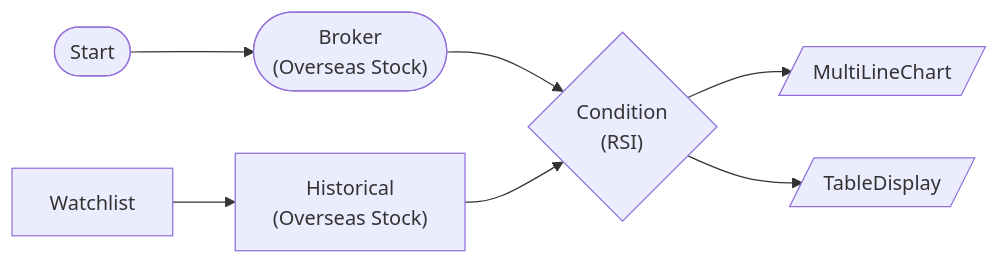
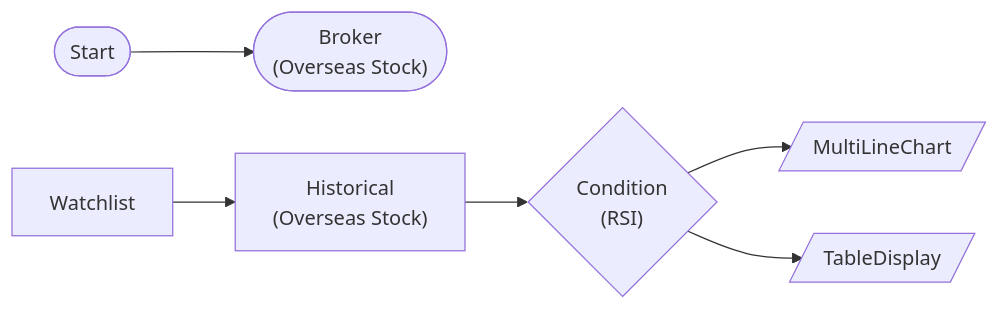
The diagram in src/programgarden/examples/workflows/29-monitor-multi-rsi.md (programgarden/programgarden), drawn with Mermaid before and after one commit. The commit also changed other lines of this file and 5 other files, not shown here.

````diff
--- a/src/programgarden/examples/workflows/29-monitor-multi-rsi.md
+++ b/src/programgarden/examples/workflows/29-monitor-multi-rsi.md
@@ -7,19 +7,18 @@
 ```mermaid
 graph LR
     start(["Start"])
     broker(["Broker
 (Overseas Stock)"])
     watchlist["Watchlist"]
     historical["Historical
 (Overseas Stock)"]
     rsi_condition{"Condition
 (RSI)"}
     chart[/"MultiLineChart"/]
     table[/"TableDisplay"/]
     start --> broker
     watchlist --> historical
-    broker --> rsi_condition
     historical --> rsi_condition
     rsi_condition --> chart
     rsi_condition --> table
 ```
````
